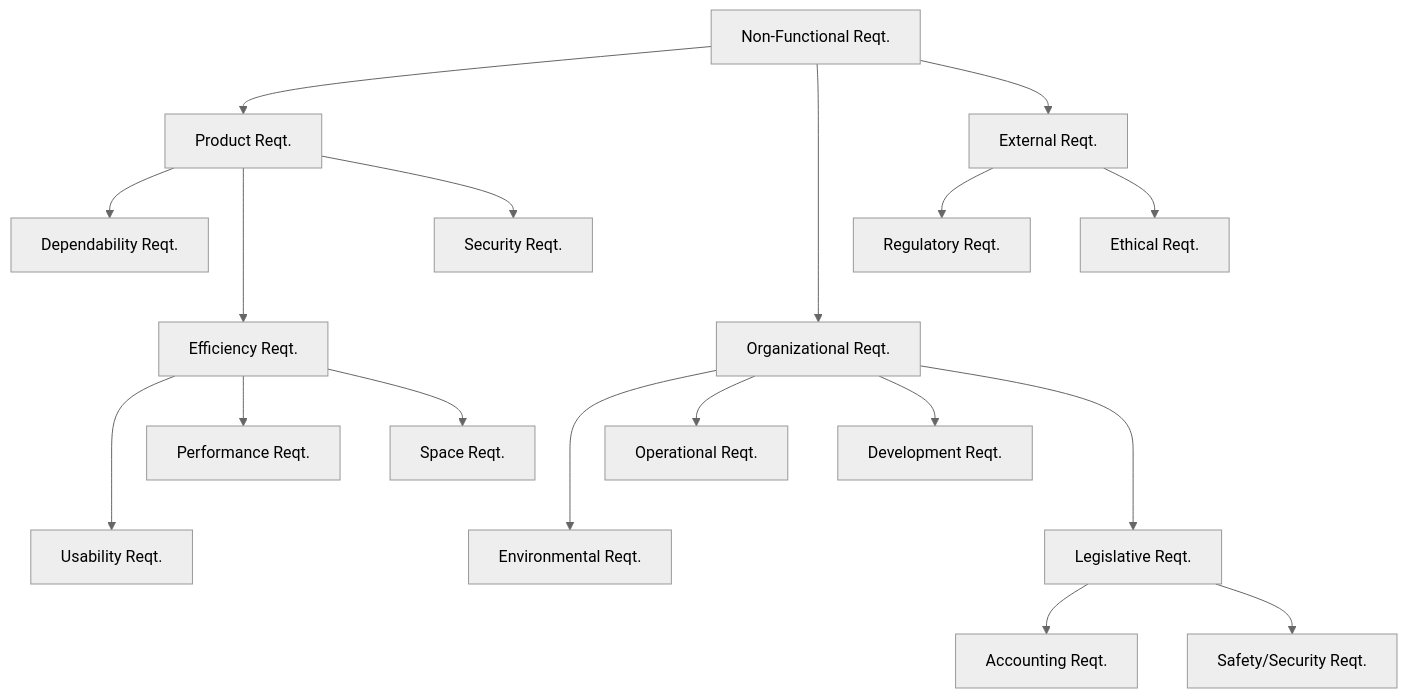
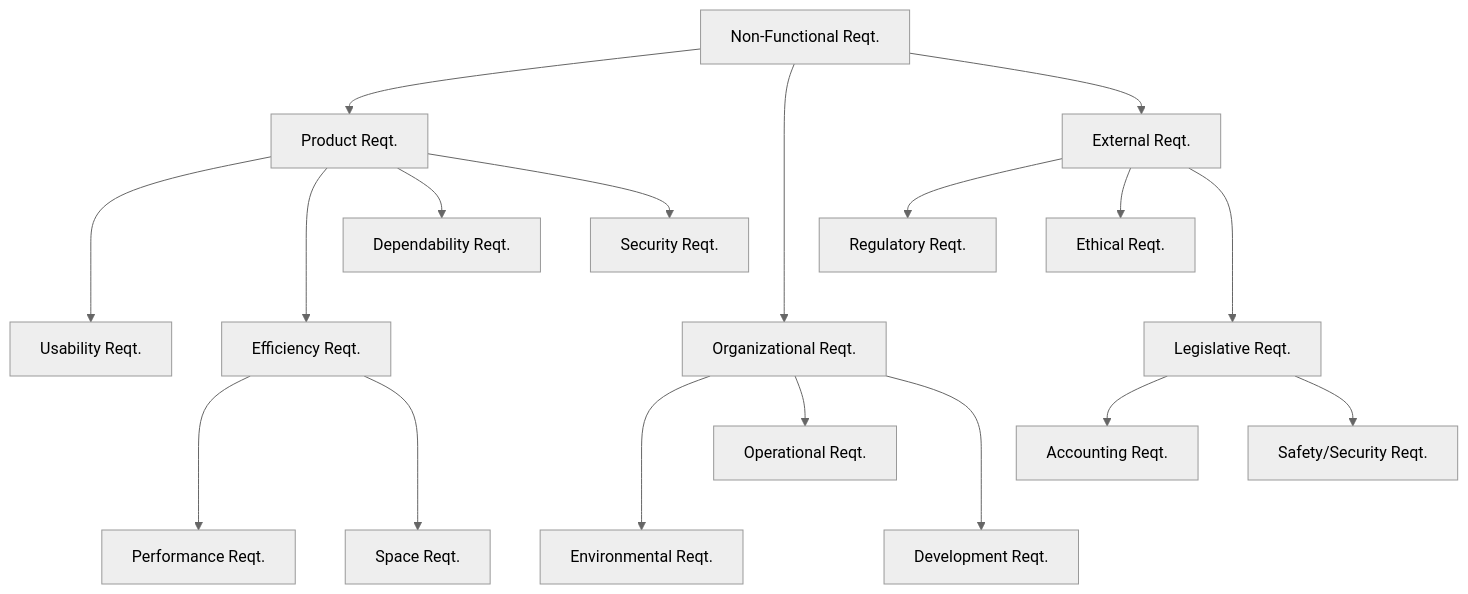
Before and after one commit to nlhsueh/teach_se: the first of 3 diagrams in Lecture/ch04_reqt.md, drawn with Mermaid (neutral theme). The commit also changed other lines of this file and 2 other files, not shown here.

````diff
--- a/Lecture/ch04_reqt.md
+++ b/Lecture/ch04_reqt.md
@@ -136,25 +166,25 @@
 ```mermaid
 graph TD
     A[Non-Functional Reqt.] --> B[Product Reqt.]
     A ----> C[Organizational Reqt.]
     A --> D[External Reqt.]
 
+    B ---> N[Usability Reqt.]
+    B ---> E[Efficiency Reqt.]
     B --> F[Dependability Reqt.]
-    B ---> E[Efficiency Reqt.]
     B --> G[Security Reqt.]
     
     C ---> H[Environmental Reqt.]
     C --> I[Operational Reqt.]
-    C --> J[Development Reqt.]
-    C ---> K[Legislative Reqt.]
+    C ---> J[Development Reqt.]
     
     D --> L[Regulatory Reqt.]
     D --> M[Ethical Reqt.]
+    D ---> K[Legislative Reqt.]
     
-    E ---> N[Usability Reqt.]
-    E --> O[Performance Reqt.]
-    E --> P[Space Reqt.]
+    E ---> O[Performance Reqt.]
+    E ---> P[Space Reqt.]
     
     K --> Q[Accounting Reqt.]
     K --> R[Safety/Security Reqt.]
 ```
````
